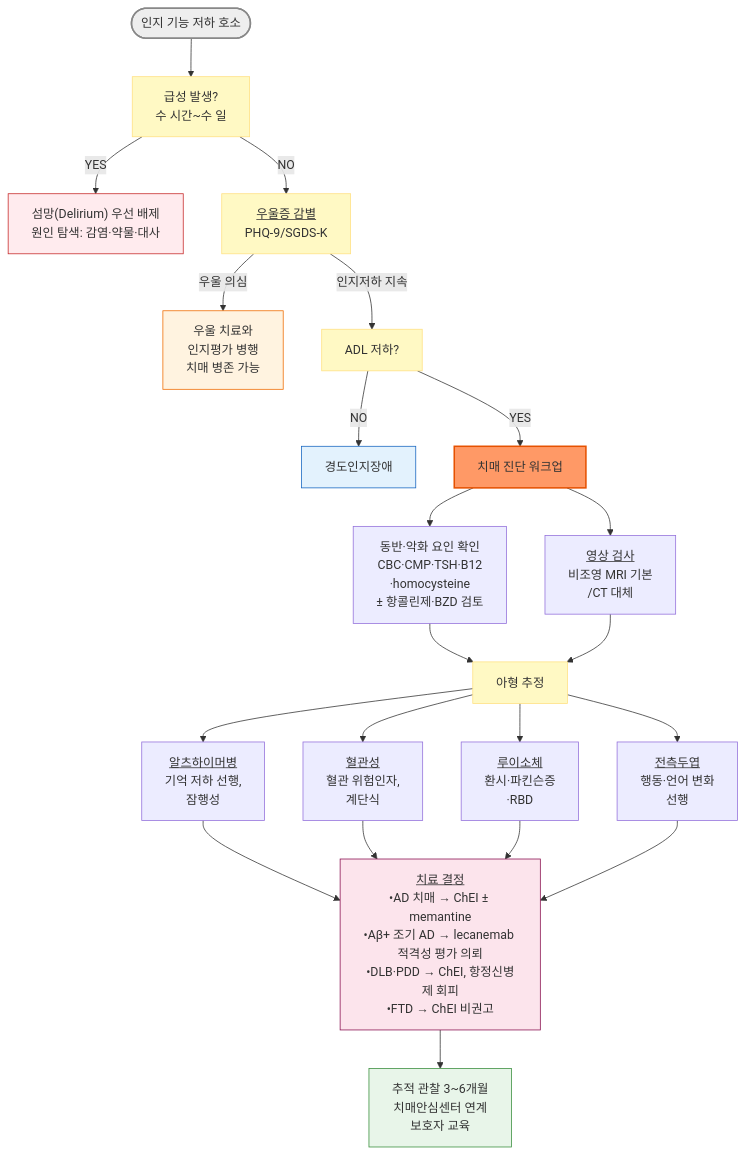
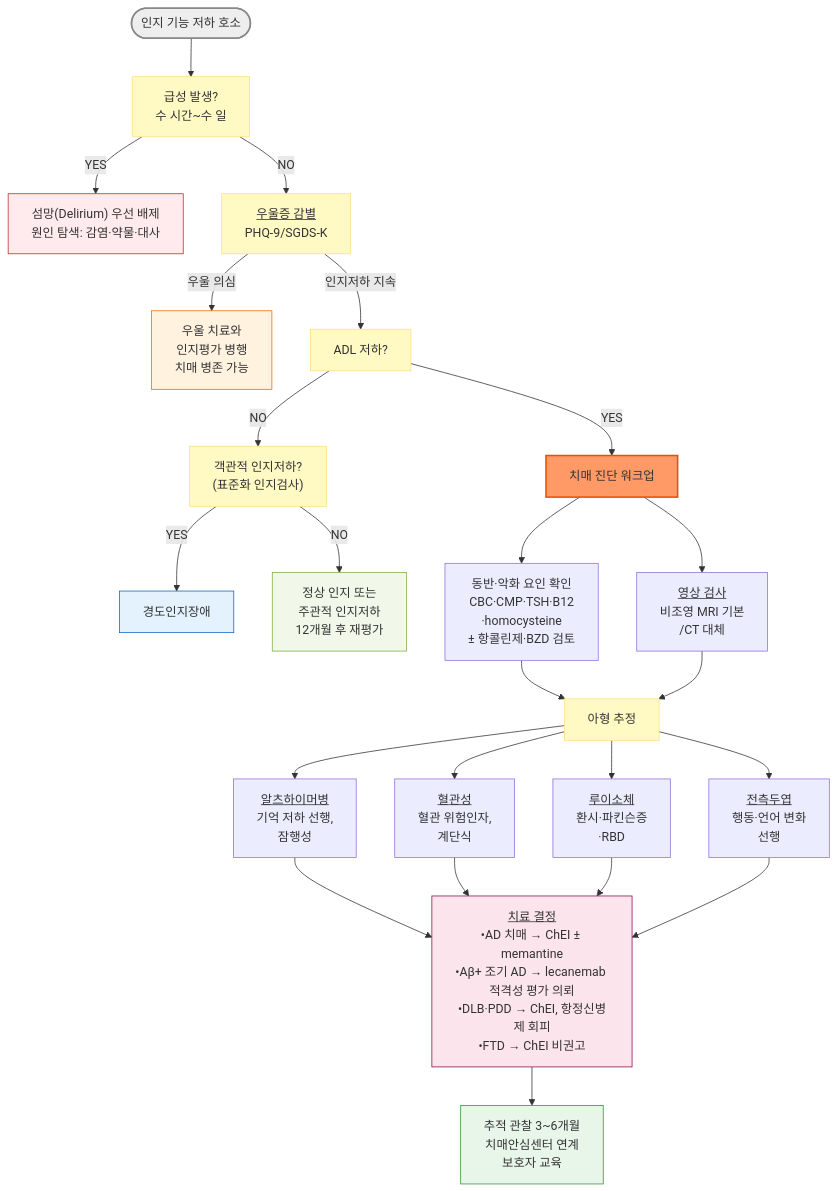
One commit to familyoh77/familyoh77 changed the diagram in 221_/033_-dementia.md. Above: the diagram before and after it, drawn with Mermaid. The commit also changed other lines of this file, not shown here.

````diff
--- a/221_/033_-dementia.md
+++ b/221_/033_-dementia.md
@@ -468,33 +470,36 @@
 ```mermaid
 flowchart TD
     A(["인지 기능 저하 호소"]) --> B["급성 발생?<br/>수 시간~수 일"]
     B -- YES --> C["섬망(Delirium) 우선 배제<br/>원인 탐색: 감염·약물·대사"]
     B -- NO --> D["<u>우울증 감별</u><br/>PHQ-9/SGDS-K"]
     D -- 우울 의심 --> E["우울 치료와 <br/>인지평가 병행<br/>치매 병존 가능"]
     D -- 인지저하 지속 --> F["ADL 저하?"]
-    F -- NO --> G["경도인지장애"]
+    F -- NO --> G2["객관적 인지저하?<br/>(표준화 인지검사)"]
+    G2 -- YES --> G["경도인지장애"]
+    G2 -- NO --> R["정상 인지 또는<br/>주관적 인지저하<br/>12개월 후 재평가"]
     F -- YES --> H["치매 진단 워크업"]
     H --> I["동반·악화 요인 확인<br/>CBC·CMP·TSH·B12<br/>·homocysteine<br/>± 항콜린제·BZD 검토"]
     H --> J["<u>영상 검사</u><br/>비조영 MRI 기본<br/>/CT 대체"]
     I --> K["아형 추정"]
     J --> K
     K --> L["<u>알츠하이머병</u><br/>기억 저하 선행, <br/>잠행성"]
     K --> M["<u>혈관성</u><br/>혈관 위험인자, <br/>계단식"]
     K --> N["<u>루이소체</u><br/>환시·파킨슨증<br/>·RBD"]
     K --> O["<u>전측두엽</u><br/>행동·언어 변화 <br/>선행"]
     L --> P["<u>치료 결정</u><br/>•AD 치매 → ChEI ± memantine<br/>•Aβ+ 조기 AD → lecanemab 적격성 평가 의뢰<br/>•DLB·PDD → ChEI, 항정신병제 회피<br/>•FTD → ChEI 비권고"]
     M --> P
     N --> P
     O --> P
     P --> Q["추적 관찰 3~6개월<br/>치매안심센터 연계<br/>보호자 교육"]
     style A fill:#eeeeee,stroke:#888888,stroke-width:2px
     classDef yellow fill:#fff9c4,stroke:#ffe082
-    class B,D,F,K yellow
+    class B,D,F,G2,K yellow
     style H fill:#f96,stroke:#e65100,stroke-width:2px
     style C fill:#ffebee,stroke:#c62828
     style E fill:#fff3e0,stroke:#ef6c00
     style G fill:#e3f2fd,stroke:#1565c0
+    style R fill:#f1f8e9,stroke:#7cb342
     style P fill:#fce4ec,stroke:#880e4f
     style Q fill:#e8f5e9,stroke:#388e3c
 
 ```
````
